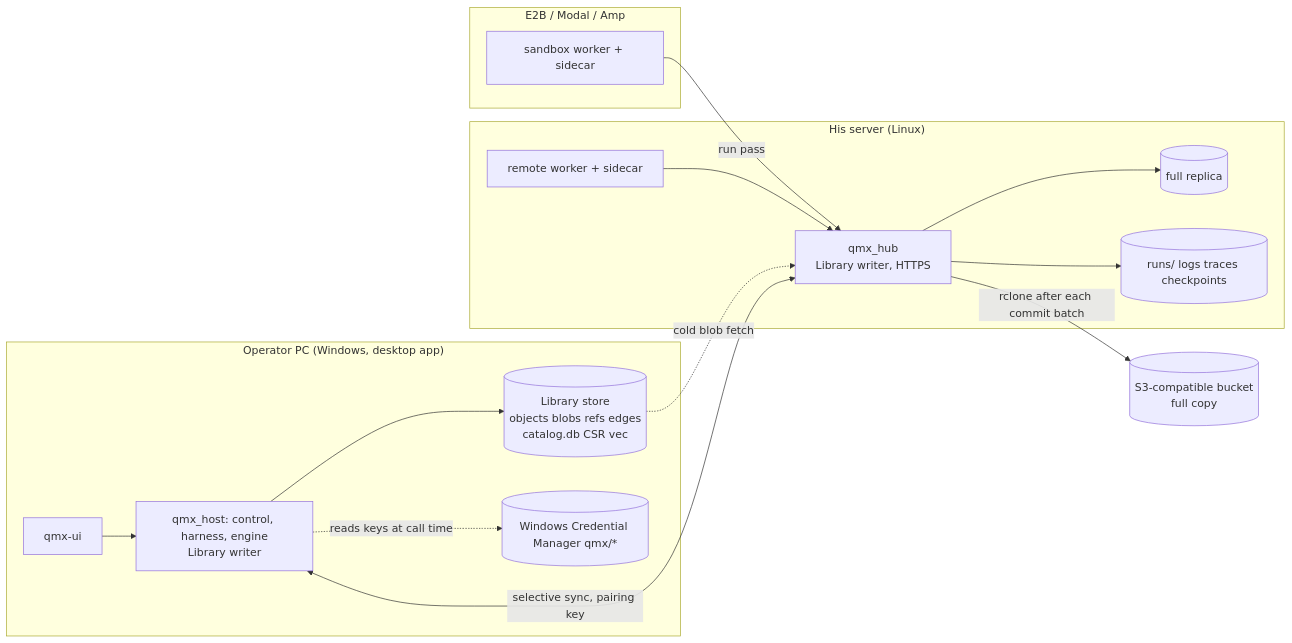
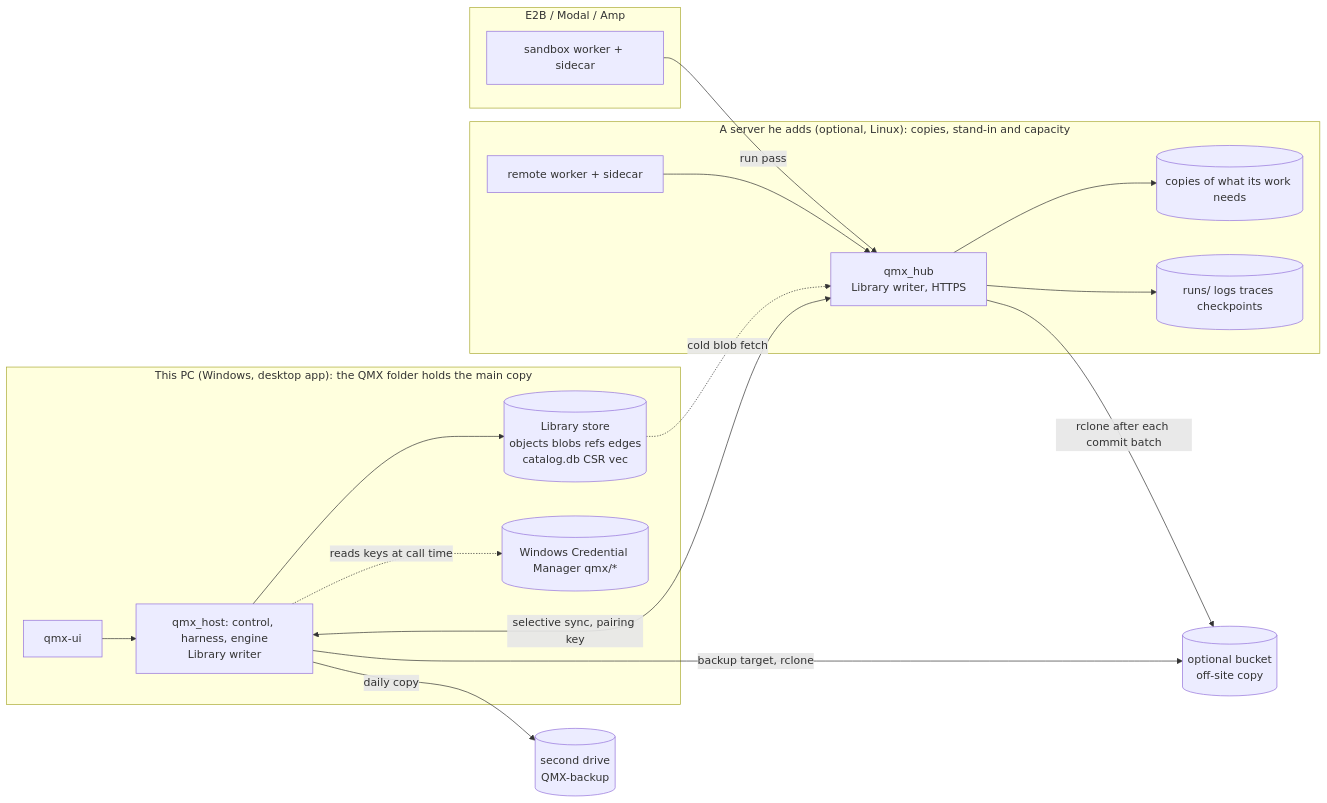
Before and after one commit to mubarakhimself-byte/QMX: the second of 3 diagrams in tracker/qma-v2/architecture/library-and-data/ARCHITECTURE-SPINE.md, drawn with Mermaid. The commit also changed other lines of this file and 6 other files, not shown here.

Commit message:
Design 62: local first (the QMX folder, versions, local backup, This PC or a place, the first start, build phases LF1-LF13); spines amended; edge-case guards applied

````diff
--- a/tracker/qma-v2/architecture/library-and-data/ARCHITECTURE-SPINE.md
+++ b/tracker/qma-v2/architecture/library-and-data/ARCHITECTURE-SPINE.md
@@ -337,29 +355,31 @@
 ```mermaid
 graph LR
-  subgraph PC["Operator PC (Windows, desktop app)"]
+  subgraph PC["This PC (Windows, desktop app): the QMX folder holds the main copy"]
     UI[qmx-ui]
     CTRL[qmx_host: control, harness, engine<br/>Library writer]
     STORE1[(Library store<br/>objects blobs refs edges<br/>catalog.db CSR vec)]
     WCM[(Windows Credential Manager qmx/*)]
     CTRL --> STORE1
     UI --> CTRL
     CTRL -. reads keys at call time .-> WCM
   end
-  subgraph SERVER["His server (Linux)"]
+  subgraph SERVER["A server he adds (optional, Linux): copies, stand-in and capacity"]
     HUB[qmx_hub<br/>Library writer, HTTPS]
-    STORE2[(full replica)]
+    STORE2[(copies of what its work needs)]
     RUNS[(runs/ logs traces checkpoints)]
     WORKER[remote worker + sidecar]
     HUB --> STORE2
     HUB --> RUNS
     WORKER --> HUB
   end
   subgraph CLOUD["E2B / Modal / Amp"]
     SB[sandbox worker + sidecar]
   end
-  BUCKET[(S3-compatible bucket<br/>full copy)]
+  BUCKET[(optional bucket<br/>off-site copy)]
   CTRL <-->|selective sync, pairing key| HUB
   SB -->|run pass| HUB
   HUB -->|rclone after each commit batch| BUCKET
+  CTRL -->|backup target, rclone| BUCKET
+  CTRL -->|daily copy| DRIVE[(second drive<br/>QMX-backup)]
   STORE1 -. cold blob fetch .-> HUB
 ```
````
